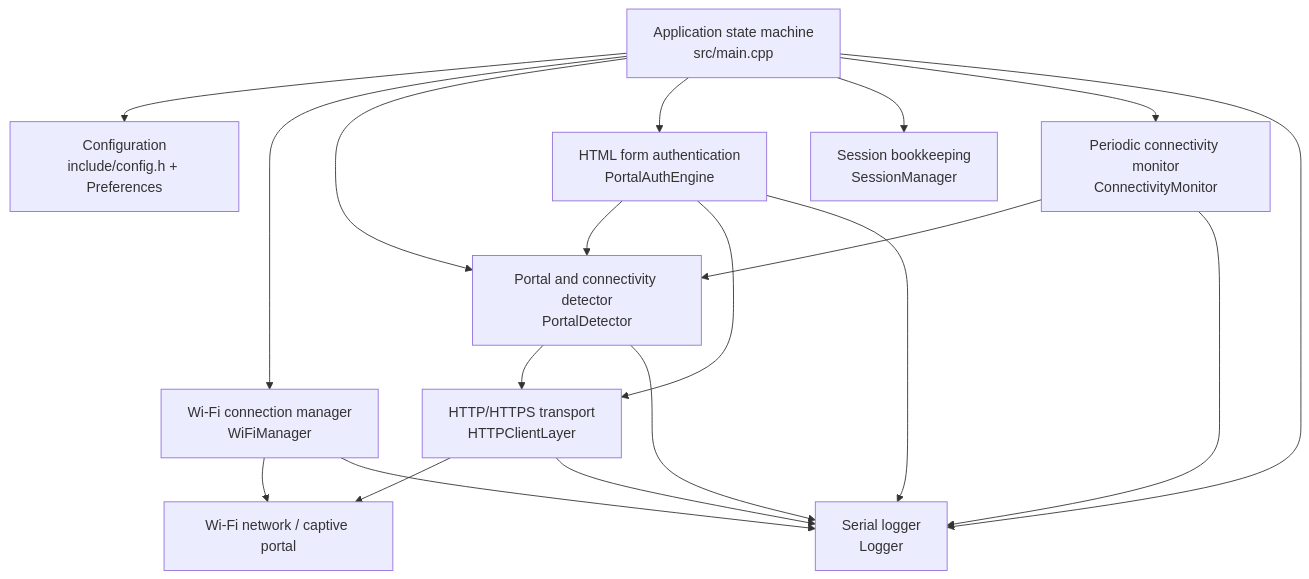
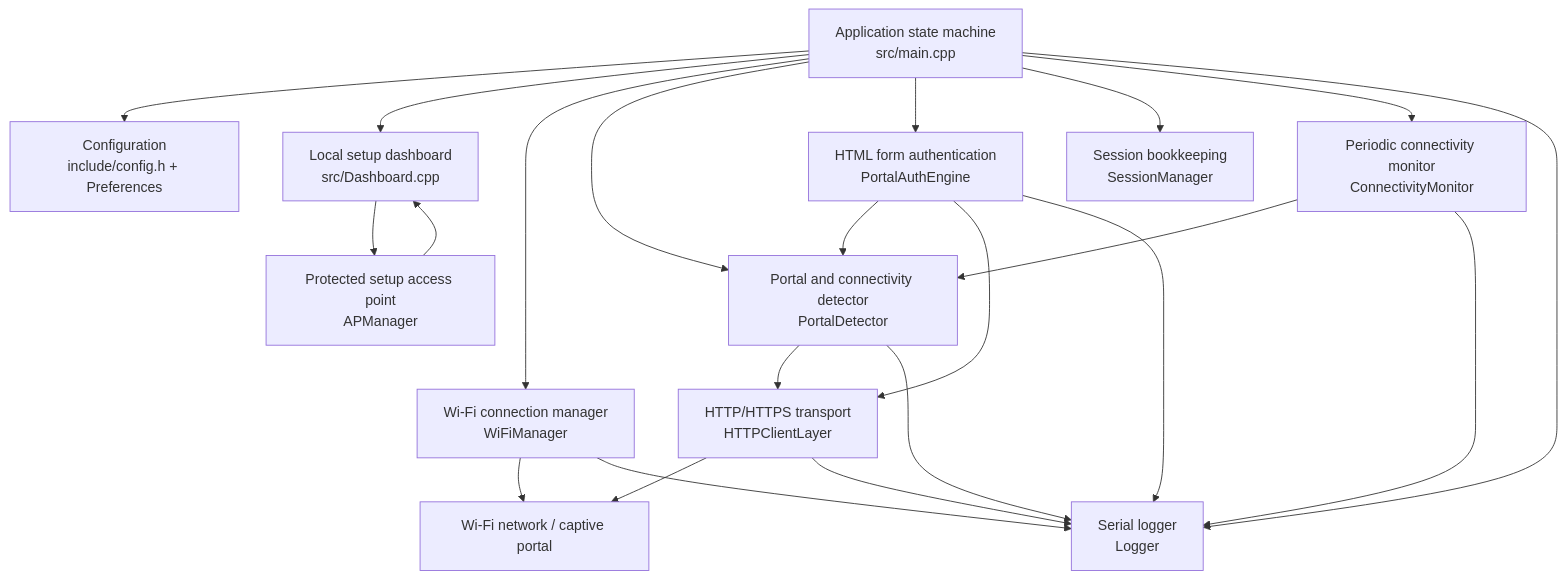
The diagram in README.md (Mradul-Consultancy/SetuNet), drawn with Mermaid before and after one commit. The commit also changed other lines of this file and 13 other files, not shown here.

````diff
--- a/README.md
+++ b/README.md
@@ -45,32 +46,37 @@
 ```mermaid
 flowchart TD
     Main["Application state machine<br/>src/main.cpp"]
+    Dashboard["Local setup dashboard<br/>src/Dashboard.cpp"]
+    SetupAP["Protected setup access point<br/>APManager"]
     Config["Configuration<br/>include/config.h + Preferences"]
     WiFi["Wi-Fi connection manager<br/>WiFiManager"]
     Detect["Portal and connectivity detector<br/>PortalDetector"]
     Auth["HTML form authentication<br/>PortalAuthEngine"]
     HTTP["HTTP/HTTPS transport<br/>HTTPClientLayer"]
     Session["Session bookkeeping<br/>SessionManager"]
     Monitor["Periodic connectivity monitor<br/>ConnectivityMonitor"]
     Network["Wi-Fi network / captive portal"]
     Logger["Serial logger<br/>Logger"]
 
     Main --> Config
+    Main --> Dashboard
+    Dashboard --> SetupAP
     Main --> WiFi
     Main --> Detect
     Main --> Auth
     Main --> Session
     Main --> Monitor
     WiFi --> Network
+    SetupAP --> Dashboard
     Detect --> HTTP
     Auth --> Detect
     Auth --> HTTP
     HTTP --> Network
     Monitor --> Detect
     Main --> Logger
     WiFi --> Logger
     Detect --> Logger
     Auth --> Logger
     HTTP --> Logger
     Monitor --> Logger
 ```
````
